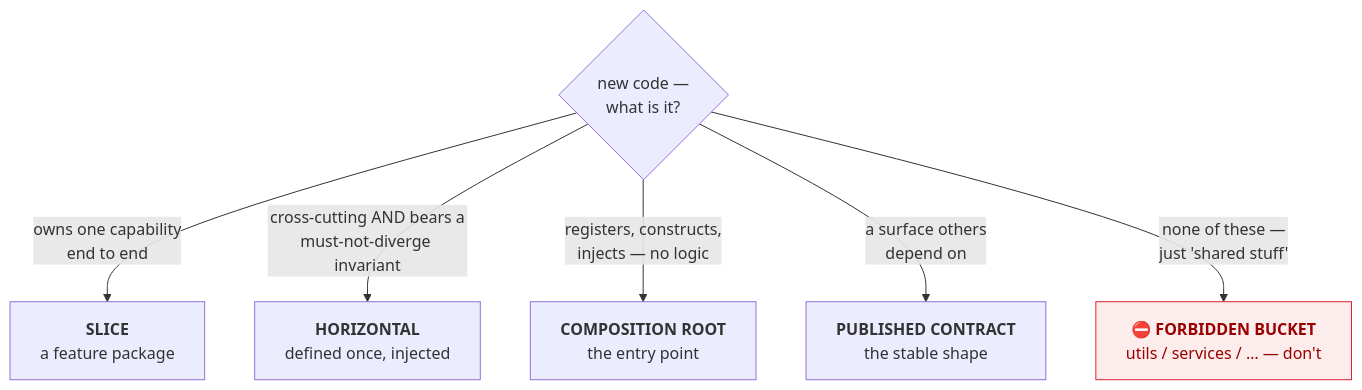
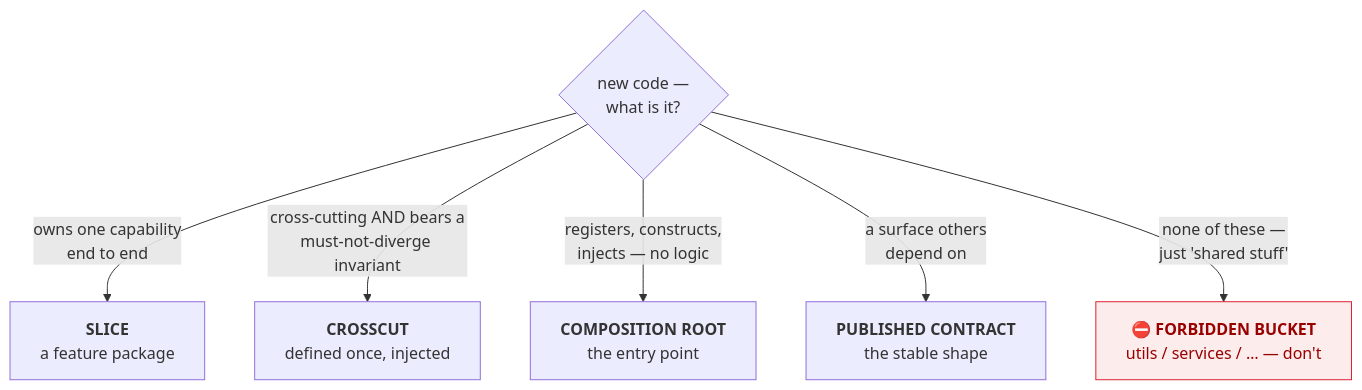
Before and after one commit to throw-if-null/coral: the first of 2 diagrams in CONVENTIONS.md, drawn with Mermaid. The commit also changed other lines of this file and 33 other files, not shown here.

First line of the commit message:
Rename horizontal to crosscut, and bus to channel

````diff
--- a/CONVENTIONS.md
+++ b/CONVENTIONS.md
@@ -106,11 +120,11 @@
 ```mermaid
 flowchart TD
   Q{"new code —<br/>what is it?"}
   Q -->|"owns one capability<br/>end to end"| SLICE["<b>SLICE</b><br/>a feature package"]
-  Q -->|"cross-cutting AND bears a<br/>must-not-diverge invariant"| HZ["<b>HORIZONTAL</b><br/>defined once, injected"]
+  Q -->|"cross-cutting AND bears a<br/>must-not-diverge invariant"| XC["<b>CROSSCUT</b><br/>defined once, injected"]
   Q -->|"registers, constructs,<br/>injects — no logic"| ROOT["<b>COMPOSITION ROOT</b><br/>the entry point"]
   Q -->|"a surface others<br/>depend on"| CT["<b>PUBLISHED CONTRACT</b><br/>the stable shape"]
   Q -->|"none of these —<br/>just 'shared stuff'"| BAD["⛔ <b>FORBIDDEN BUCKET</b><br/>utils / services / … — don't"]
   class BAD bad
   classDef bad fill:#fdecec,stroke:#d23,color:#900
 ```
````
